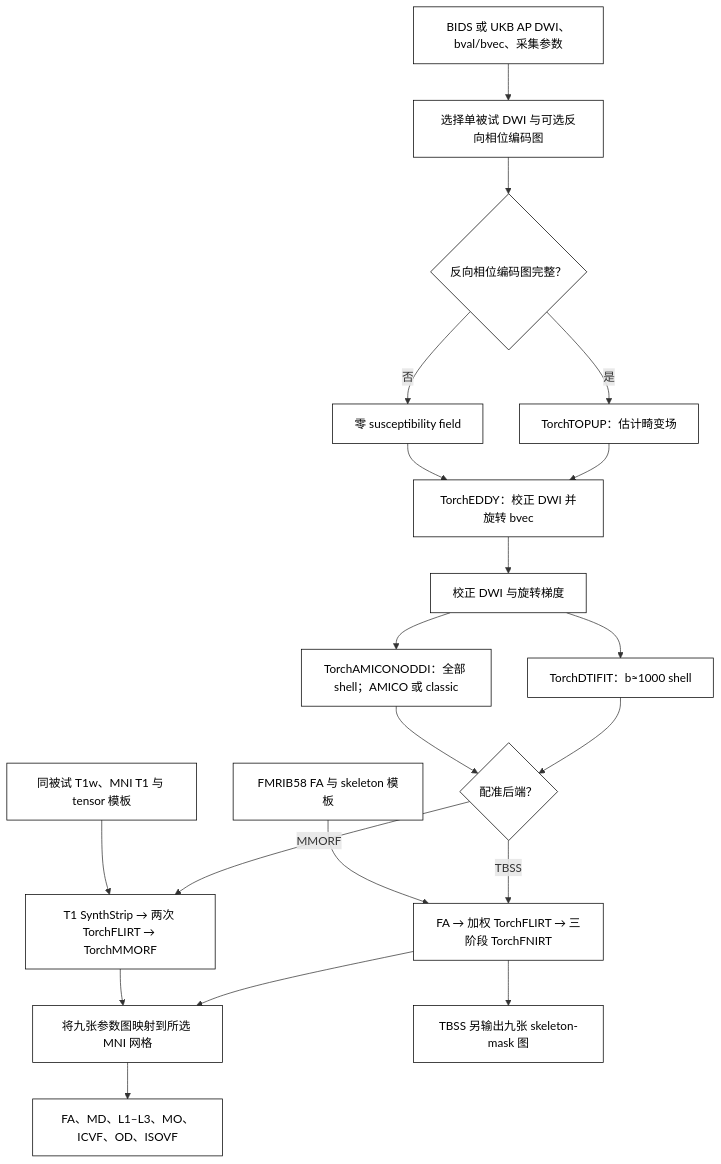
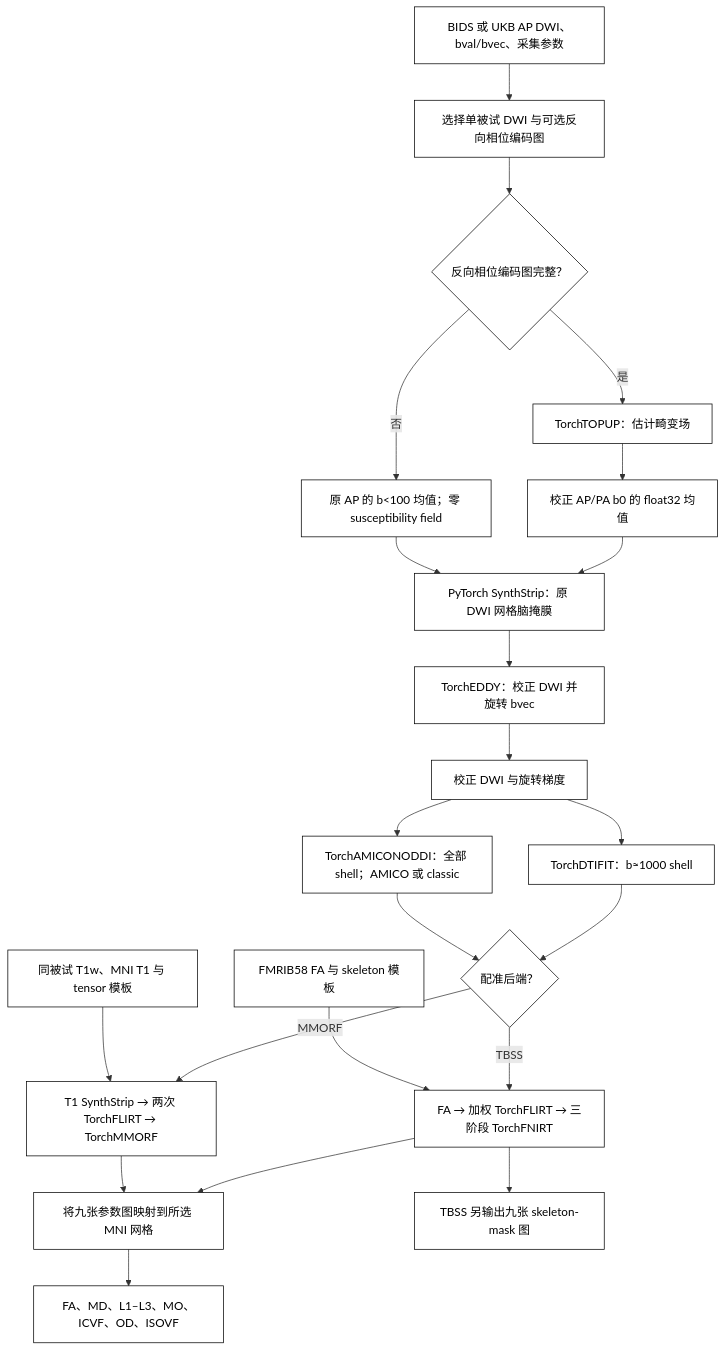
One commit to weikanggong1/Fudan-Neuroimaging-toolkit changed the diagram in docs/dmri_pipeline/README.md. Above: the diagram before and after it, drawn with Mermaid. The commit also changed other lines of this file and 45 other files, not shown here.

Commit message:
Match TOPUP source numerics and use SynthStrip in dMRI pipeline

````diff
--- a/docs/dmri_pipeline/README.md
+++ b/docs/dmri_pipeline/README.md
@@ -7,21 +7,24 @@
 ```mermaid
 flowchart TD
     IN["BIDS 或 UKB AP DWI、bval/bvec、采集参数"] --> SEL["选择单被试 DWI 与可选反向相位编码图"]
     SEL --> REV{"反向相位编码图完整？"}
-    REV -- 是 --> TOP["TorchTOPUP：估计畸变场"] --> EDDY["TorchEDDY：校正 DWI 并旋转 bvec"]
-    REV -- 否 --> ZERO["零 susceptibility field"] --> EDDY
+    REV -- 是 --> TOP["TorchTOPUP：估计畸变场"] --> MEAN["校正 AP/PA b0 的 float32 均值"]
+    REV -- 否 --> ZERO["原 AP 的 b<100 均值；零 susceptibility field"]
+    MEAN --> MASK["PyTorch SynthStrip：原 DWI 网格脑掩膜"]
+    ZERO --> MASK
+    MASK --> EDDY["TorchEDDY：校正 DWI 并旋转 bvec"]
     EDDY --> DWI["校正 DWI 与旋转梯度"]
     DWI --> DTI["TorchDTIFIT：b≈1000 shell"]
     DWI --> NODDI["TorchAMICONODDI：全部 shell；AMICO 或 classic"]
     DTI --> REG{"配准后端？"}
     NODDI --> REG
     REG -- TBSS --> TBSS["FA → 加权 TorchFLIRT → 三阶段 TorchFNIRT"]
     FA["FMRIB58 FA 与 skeleton 模板"] --> TBSS
     REG -- MMORF --> MMORF["T1 SynthStrip → 两次 TorchFLIRT → TorchMMORF"]
     T1["同被试 T1w、MNI T1 与 tensor 模板"] --> MMORF
     TBSS --> WARP["将九张参数图映射到所选 MNI 网格"]
     MMORF --> WARP
     WARP --> OUT["FA、MD、L1–L3、MO、ICVF、OD、ISOVF"]
     TBSS --> SKEL["TBSS 另输出九张 skeleton-mask 图"]
     classDef default fill:#ffffff,stroke:#000000,color:#000000;
 ```
````
